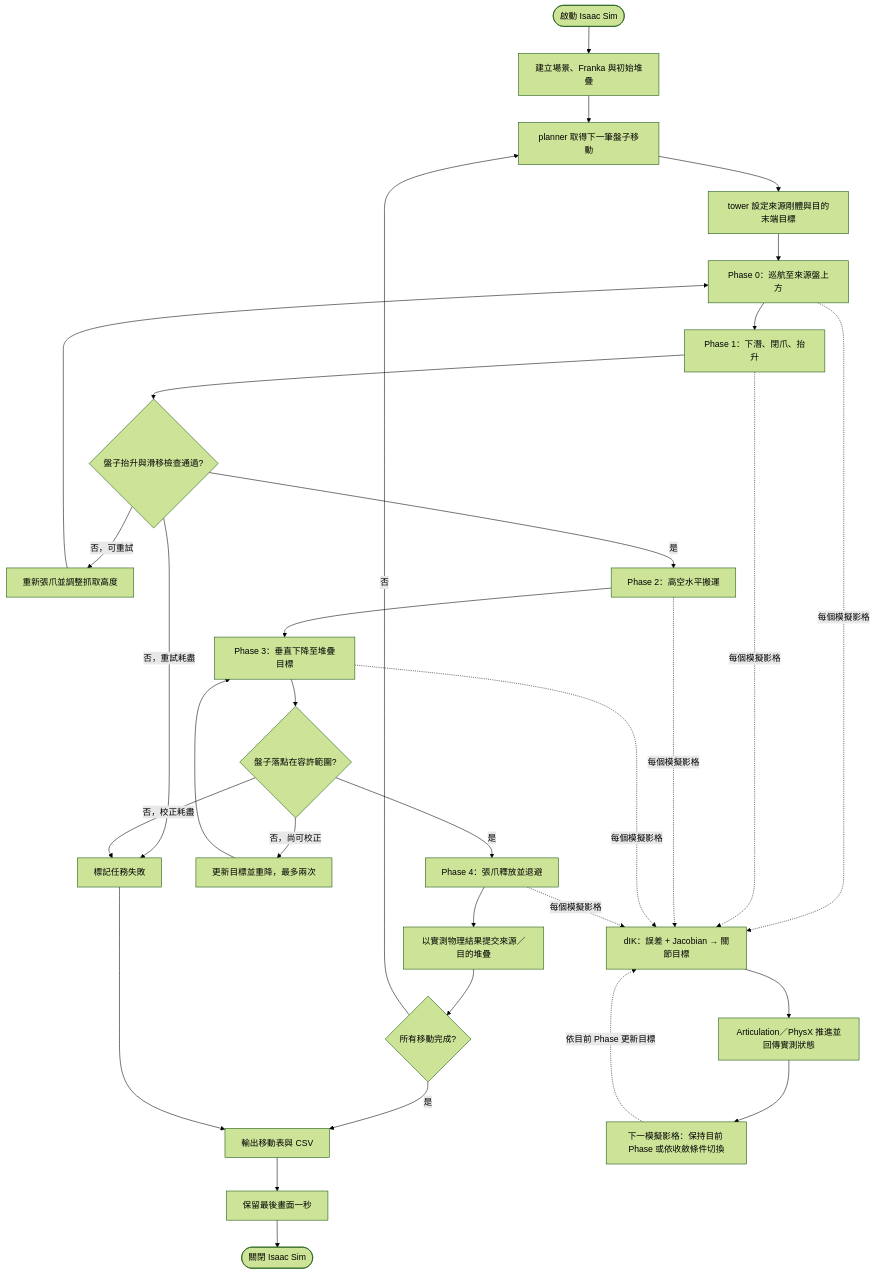
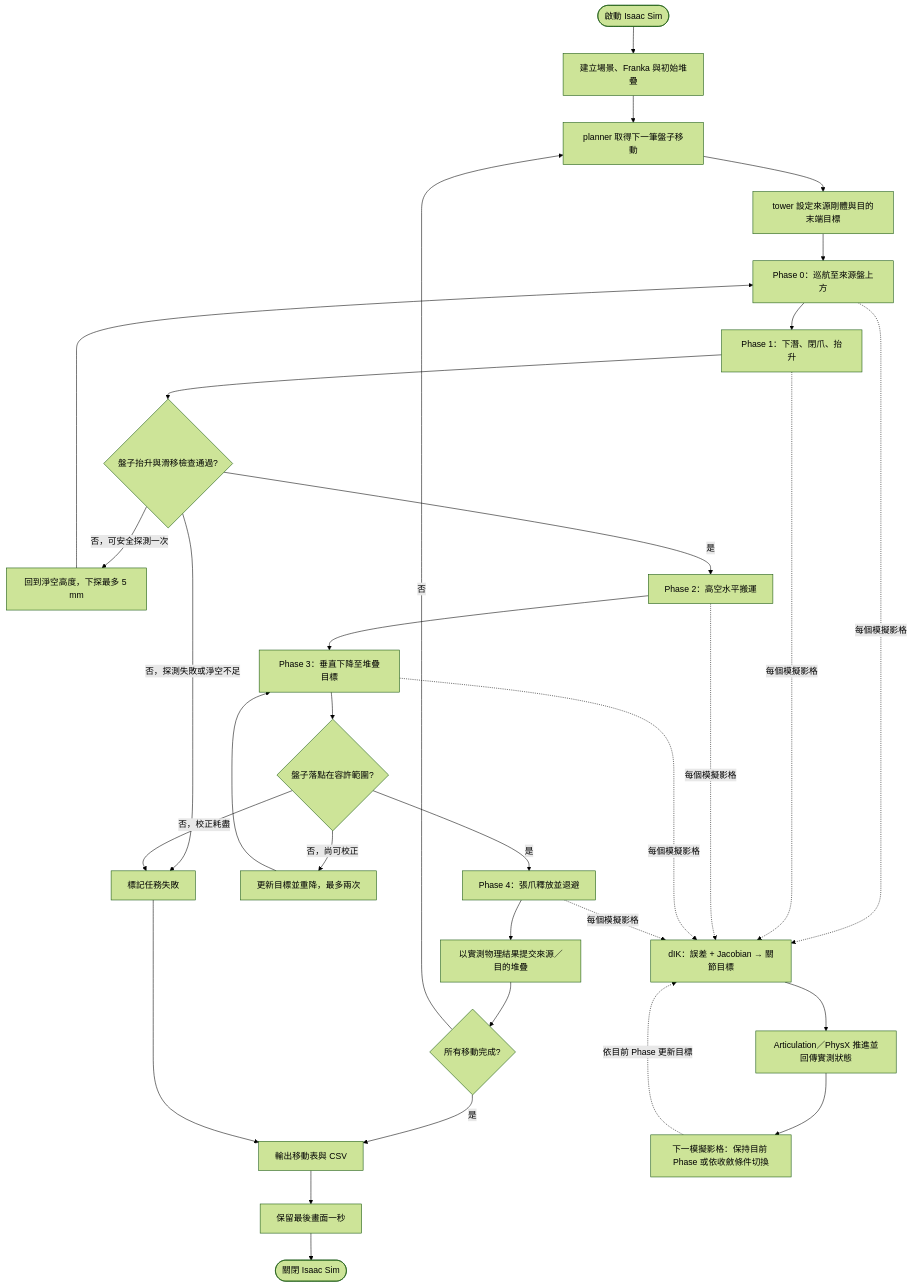
Before and after one commit to nekoluga748/Tower-of-Hanoi: the second of 2 diagrams in README.md, drawn with Mermaid (forest theme). The commit also changed other lines of this file and 4 other files, not shown here.

````diff
--- a/README.md
+++ b/README.md
@@ -264,35 +264,35 @@
 ```mermaid
 flowchart TD
     S([啟動 Isaac Sim]) --> I[建立場景、Franka 與初始堆疊]
     I --> P[planner 取得下一筆盤子移動]
     P --> T[tower 設定來源剛體與目的末端目標]
     T --> F0[Phase 0：巡航至來源盤上方]
     F0 --> F1[Phase 1：下潛、閉爪、抬升]
     F1 --> G{盤子抬升與滑移檢查通過?}
-    G -- 否，可重試 --> R[重新張爪並調整抓取高度]
+    G -- 否，可安全探測一次 --> R[回到淨空高度，下探最多 5 mm]
     R --> F0
-    G -- 否，重試耗盡 --> X[標記任務失敗]
+    G -- 否，探測失敗或淨空不足 --> X[標記任務失敗]
     G -- 是 --> F2[Phase 2：高空水平搬運]
     F2 --> F3[Phase 3：垂直下降至堆疊目標]
     F3 --> D{盤子落點在容許範圍?}
     D -- 否，尚可校正 --> C[更新目標並重降，最多兩次]
     C --> F3
     D -- 否，校正耗盡 --> X
     D -- 是 --> F4[Phase 4：張爪釋放並退避]
     F4 --> V[以實測物理結果提交來源／目的堆疊]
     V --> A{所有移動完成?}
     A -- 否 --> P
     A -- 是 --> Y[輸出移動表與 CSV]
     X --> Y
     Y --> W[保留最後畫面一秒]
     W --> E([關閉 Isaac Sim])
 
     F0 -. 每個模擬影格 .-> IK[dIK：誤差 + Jacobian → 關節目標]
     F1 -. 每個模擬影格 .-> IK
     F2 -. 每個模擬影格 .-> IK
     F3 -. 每個模擬影格 .-> IK
     F4 -. 每個模擬影格 .-> IK
     IK --> PH[Articulation／PhysX 推進並回傳實測狀態]
     PH --> N[下一模擬影格：保持目前 Phase 或依收斂條件切換]
     N -. 依目前 Phase 更新目標 .-> IK
 ```
````
